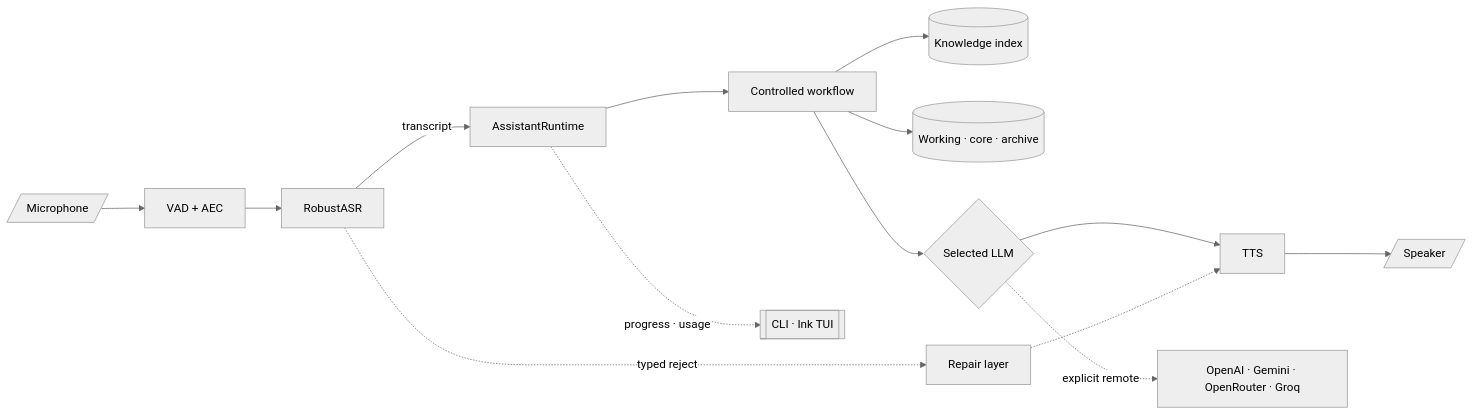
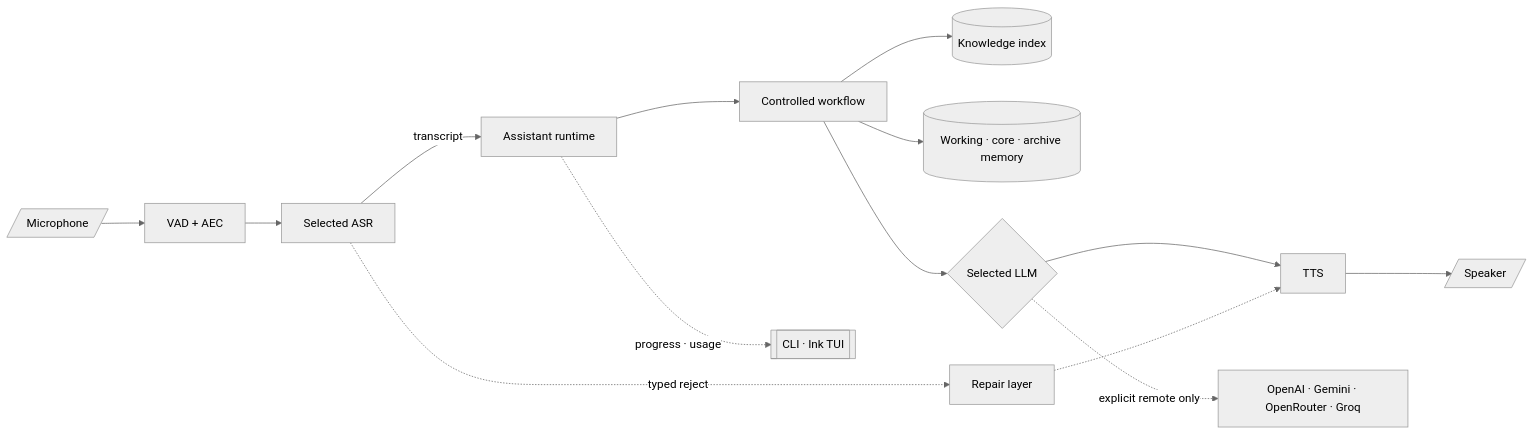
The diagram in README.md (finalflash159/soca), drawn with Mermaid (neutral theme) before and after one commit. The commit also changed other lines of this file, not shown here.

````diff
--- a/README.md
+++ b/README.md
@@ -80,16 +58,16 @@
 ```mermaid
 flowchart LR
-    Mic[/Microphone/] --> Capture[VAD + AEC]
-    Capture --> ASR[RobustASR]
-    ASR -->|transcript| RT[AssistantRuntime]
+    MIC[/Microphone/] --> AUDIO[VAD + AEC]
+    AUDIO --> ASR[Selected ASR]
+    ASR -->|transcript| RT[Assistant runtime]
     RT --> WF[Controlled workflow]
-    WF --> RAG[(Knowledge index)]
-    WF --> MEM[(Working · core · archive)]
+    WF --> KNOW[(Knowledge index)]
+    WF --> MEM[(Working · core · archive memory)]
     WF --> LLM{Selected LLM}
     LLM --> TTS[TTS]
-    TTS --> Spk[/Speaker/]
-    ASR -. typed reject .-> Repair[Repair layer]
-    Repair -.-> TTS
+    TTS --> SPK[/Speaker/]
+    ASR -. typed reject .-> REPAIR[Repair layer]
+    REPAIR -.-> TTS
     RT -. progress · usage .-> UI[[CLI · Ink TUI]]
-    LLM -. explicit remote .-> Remote[OpenAI · Gemini · OpenRouter · Groq]
+    LLM -. explicit remote only .-> REMOTE[OpenAI · Gemini · OpenRouter · Groq]
 ```
````
